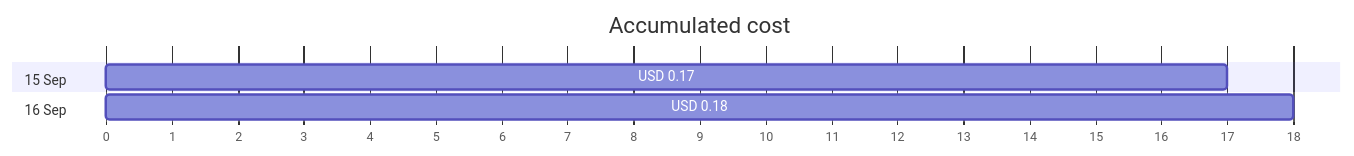
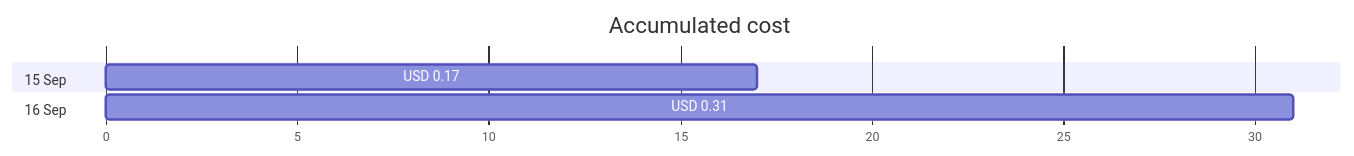
One commit to jpfulton/azure-personal-reports changed the first of 4 diagrams in cost-reports/personal-network/vpn-server.md. Above: the diagram before and after it, drawn with Mermaid. The commit also changed other lines of this file and 16 other files, not shown here.

````diff
--- a/cost-reports/personal-network/vpn-server.md
+++ b/cost-reports/personal-network/vpn-server.md
@@ -20,10 +20,10 @@
 ```mermaid
 gantt
    title Accumulated cost
    dateFormat  X
    axisFormat %s
    section 15 Sep
    USD 0.17 :0, 17
    section 16 Sep
-   USD 0.18 :0, 18
+   USD 0.31 :0, 31
 ```
````
